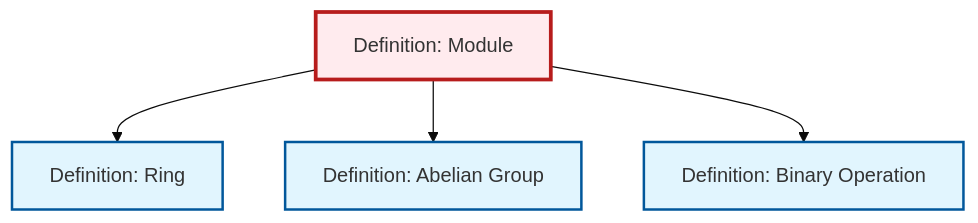
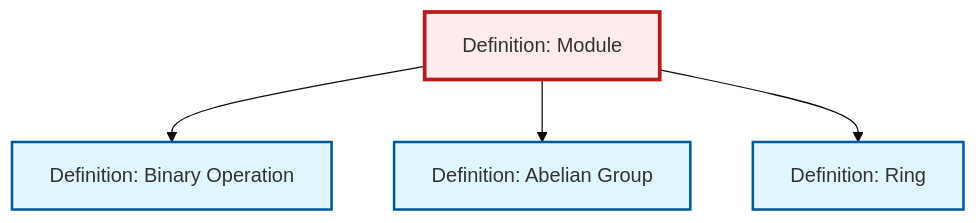
Before and after one commit to RK0429/ModernMath: the diagram in content/ja/algebra/def-module.qmd, drawn with Mermaid (base theme). The commit also changed other lines of this file and 554 other files, not shown here.

````diff
--- a/content/ja/algebra/def-module.qmd
+++ b/content/ja/algebra/def-module.qmd
@@ -56,20 +56,20 @@
 ```{mermaid}
 %%| fig-cap: "Local dependency graph"
 graph TD
     classDef definition fill:#e1f5fe,stroke:#01579b,stroke-width:2px
     classDef theorem fill:#f3e5f5,stroke:#4a148c,stroke-width:2px
     classDef axiom fill:#fff3e0,stroke:#e65100,stroke-width:2px
     classDef example fill:#e8f5e9,stroke:#1b5e20,stroke-width:2px
     classDef current fill:#ffebee,stroke:#b71c1c,stroke-width:3px
-    def-binary-operation["Definition: Binary Operation"]:::definition
     def-abelian-group["Definition: Abelian Group"]:::definition
     def-module["Definition: Module"]:::definition
     def-ring["Definition: Ring"]:::definition
+    def-binary-operation["Definition: Binary Operation"]:::definition
+    def-module --> def-binary-operation
+    def-module --> def-abelian-group
     def-module --> def-ring
-    def-module --> def-abelian-group
-    def-module --> def-binary-operation
     class def-module current
-    click def-binary-operation "def-binary-operation.html" "Definition: Binary Operationへ"
     click def-abelian-group "def-abelian-group.html" "Definition: Abelian Groupへ"
     click def-ring "def-ring.html" "Definition: Ringへ"
+    click def-binary-operation "def-binary-operation.html" "Definition: Binary Operationへ"
 ```
````
